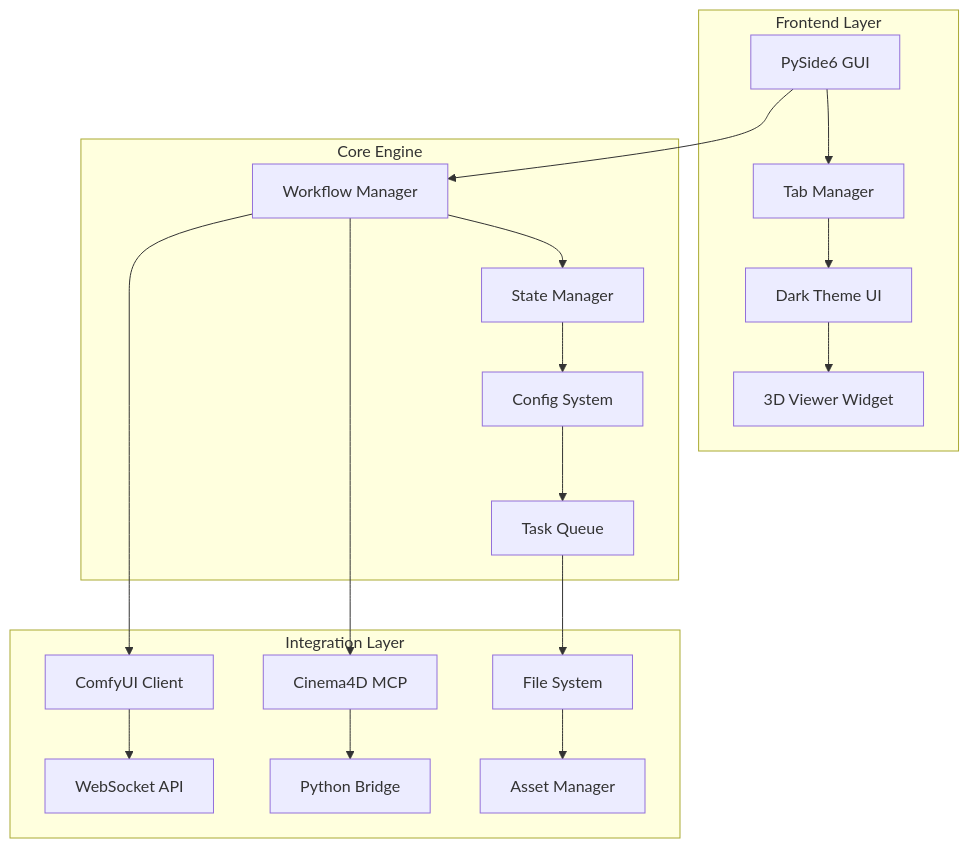
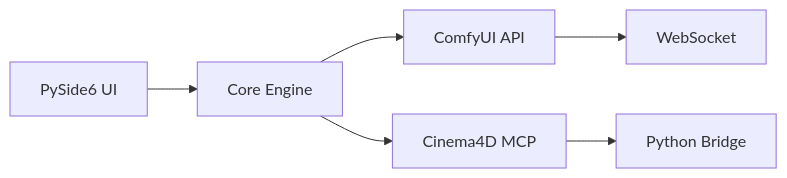
The diagram in README.md (yamb0x/comfyui-cinema4d-bridge), drawn with Mermaid before and after one commit. The commit also changed other lines of this file, not shown here.

````diff
--- a/README.md
+++ b/README.md
@@ -81,25 +49,8 @@
 ```mermaid
-graph TB
-    subgraph "Frontend Layer"
-        A[PySide6 GUI] --> B[Tab Manager]
-        B --> C[Dark Theme UI]
-        C --> D[3D Viewer Widget]
-    end
-    
-    subgraph "Core Engine"
-        E[Workflow Manager] --> F[State Manager]
-        F --> G[Config System]
-        G --> H[Task Queue]
-    end
-    
-    subgraph "Integration Layer"
-        I[ComfyUI Client] --> J[WebSocket API]
-        K[Cinema4D MCP] --> L[Python Bridge]
-        M[File System] --> N[Asset Manager]
-    end
-    
-    A --> E
-    E --> I
-    E --> K
-    H --> M
+graph LR
+    A[PySide6 UI] --> B[Core Engine]
+    B --> C[ComfyUI API]
+    B --> D[Cinema4D MCP]
+    C --> E[WebSocket]
+    D --> F[Python Bridge]
 ```
````
